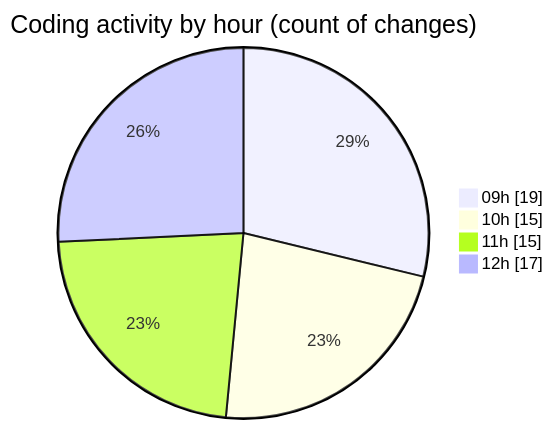
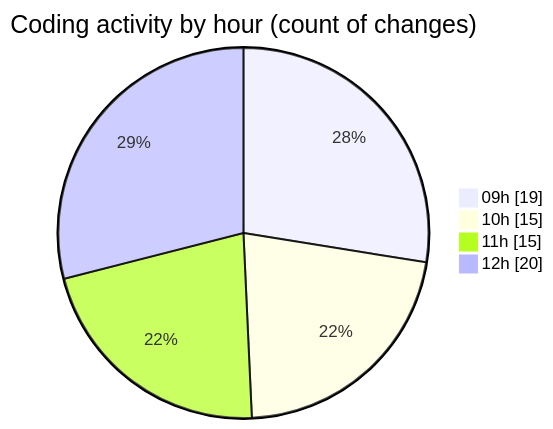
The second of 2 diagrams in 2025-09-05/cda/README.md (momahboobian/code-tracking), drawn with Mermaid before and after one commit. The commit also changed other lines of this file and 1 other file, not shown here.

````diff
--- a/2025-09-05/cda/README.md
+++ b/2025-09-05/cda/README.md
@@ -35,8 +35,8 @@
 ```mermaid
 pie showData
 title Coding activity by hour (count of changes)
 "09h" : 19
 "10h" : 15
 "11h" : 15
-"12h" : 17
+"12h" : 20
 ```
````
